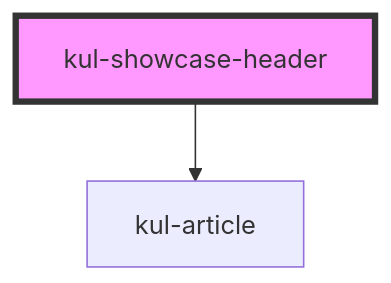
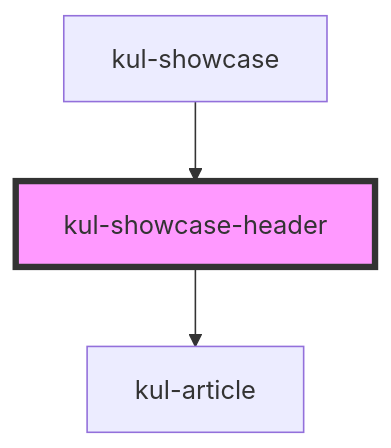
Before and after one commit to lucafoscili/ketchup-lite: the diagram in packages/ketchup-lite/src/components/kul-showcase/components/header/readme.md, drawn with Mermaid. The commit also changed other lines of this file and 45 other files, not shown here.

````diff
--- a/packages/ketchup-lite/src/components/kul-showcase/components/header/readme.md
+++ b/packages/ketchup-lite/src/components/kul-showcase/components/header/readme.md
@@ -23,5 +27,6 @@
 ```mermaid
 graph TD;
   kul-showcase-header --> kul-article
+  kul-showcase --> kul-showcase-header
   style kul-showcase-header fill:#f9f,stroke:#333,stroke-width:4px
 ```
````
